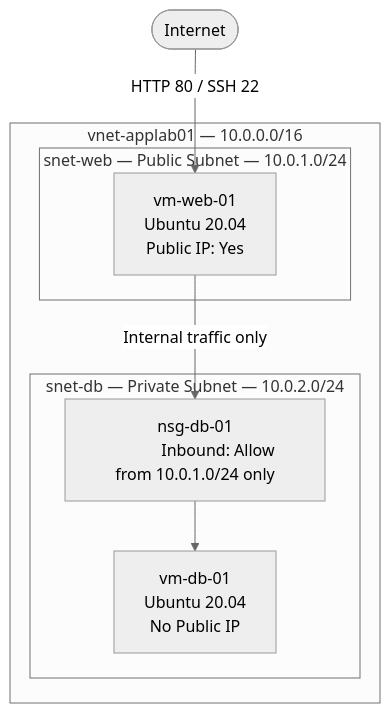
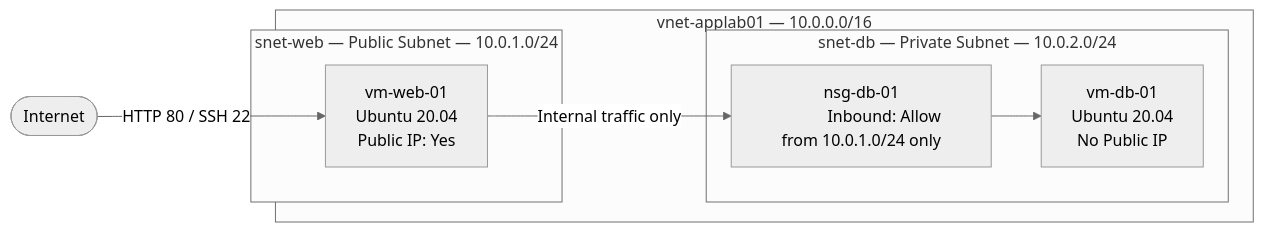
The diagram in README.md (AzureCloud-Bryce/Tier-2-App), drawn with Mermaid (neutral theme) before and after one commit.

Commit message:
Update README.md
updated flowchart again

````diff
--- a/README.md
+++ b/README.md
@@ -17,28 +17,28 @@
 ```mermaid
-flowchart TD
+flowchart LR
     Internet(["Internet"])
 
     Internet -->|"HTTP 80 / SSH 22"| web
 
     subgraph vnet["vnet-applab01 — 10.0.0.0/16"]
 
         subgraph public["snet-web — Public Subnet — 10.0.1.0/24"]
             web["vm-web-01
             Ubuntu 20.04
             Public IP: Yes"]
         end
 
         subgraph private["snet-db — Private Subnet — 10.0.2.0/24"]
             nsg["nsg-db-01
             Inbound: Allow from 10.0.1.0/24 only"]
 
             db["vm-db-01
             Ubuntu 20.04
             No Public IP"]
         end
 
     end
 
     web -->|"Internal traffic only"| nsg
     nsg --> db
 ```
````
